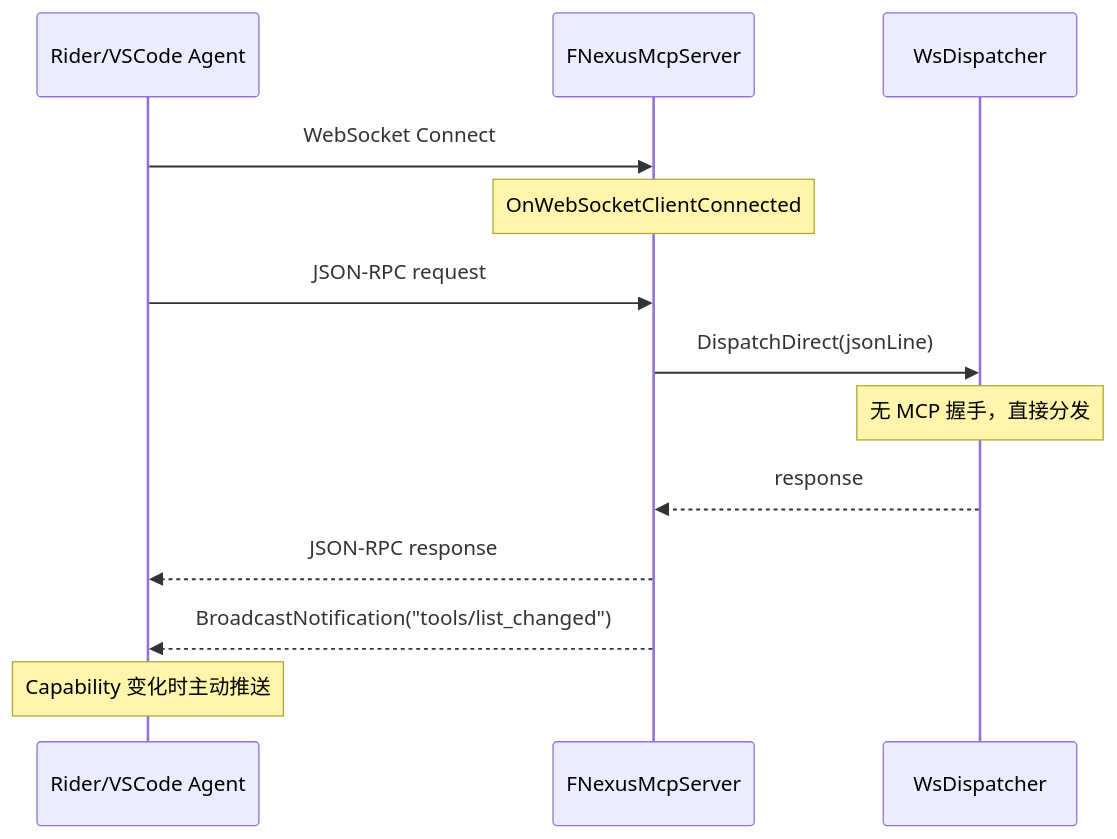
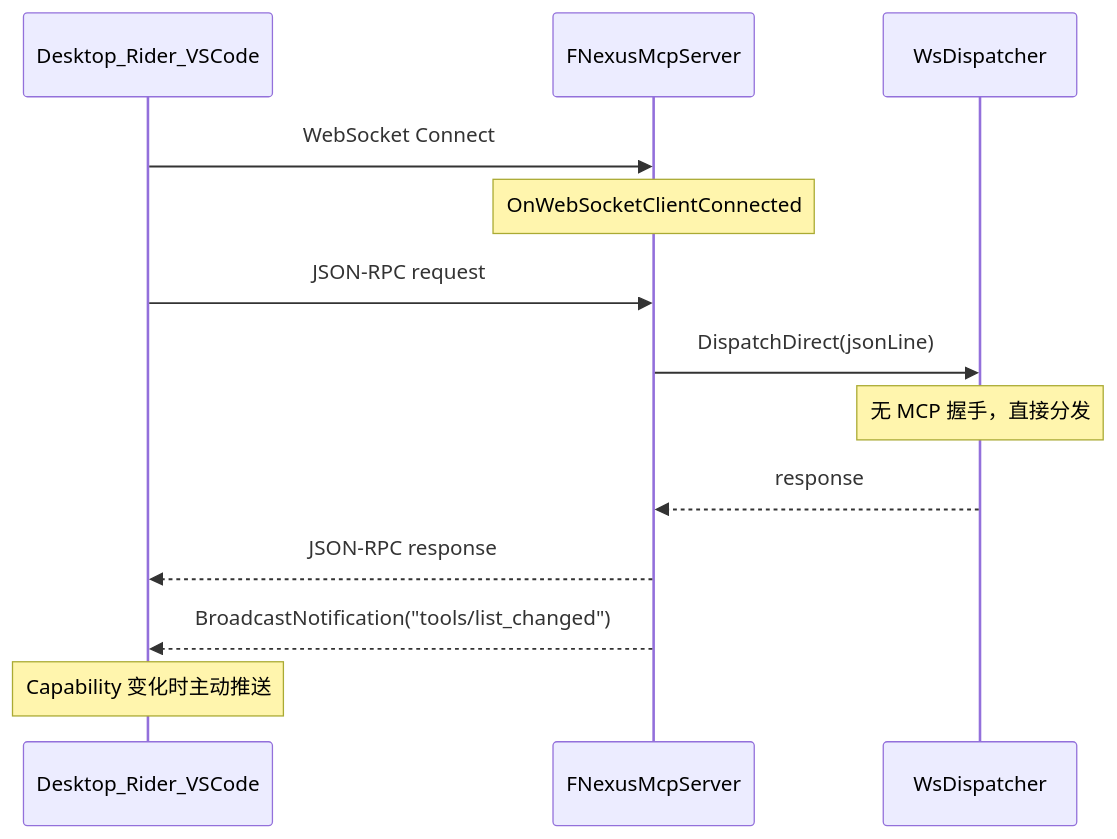
One commit to bytepine/NexusLink changed the sixth of 6 diagrams in docs/architecture.md. Above: the diagram before and after it, drawn with Mermaid. The commit also changed other lines of this file and 6 other files, not shown here.

````diff
--- a/docs/architecture.md
+++ b/docs/architecture.md
@@ -175,18 +190,18 @@
 ```mermaid
 sequenceDiagram
-    participant IDE as Rider/VSCode Agent
+    participant Proxy as Desktop_Rider_VSCode
     participant S as FNexusMcpServer
     participant D as WsDispatcher
 
-    IDE->>S: WebSocket Connect
+    Proxy->>S: WebSocket Connect
     Note over S: OnWebSocketClientConnected
 
-    IDE->>S: JSON-RPC request
+    Proxy->>S: JSON-RPC request
     S->>D: DispatchDirect(jsonLine)
     Note over D: 无 MCP 握手，直接分发
     D-->>S: response
-    S-->>IDE: JSON-RPC response
+    S-->>Proxy: JSON-RPC response
 
-    S-->>IDE: BroadcastNotification("tools/list_changed")
-    Note over IDE: Capability 变化时主动推送
+    S-->>Proxy: BroadcastNotification("tools/list_changed")
+    Note over Proxy: Capability 变化时主动推送
 ```
````
